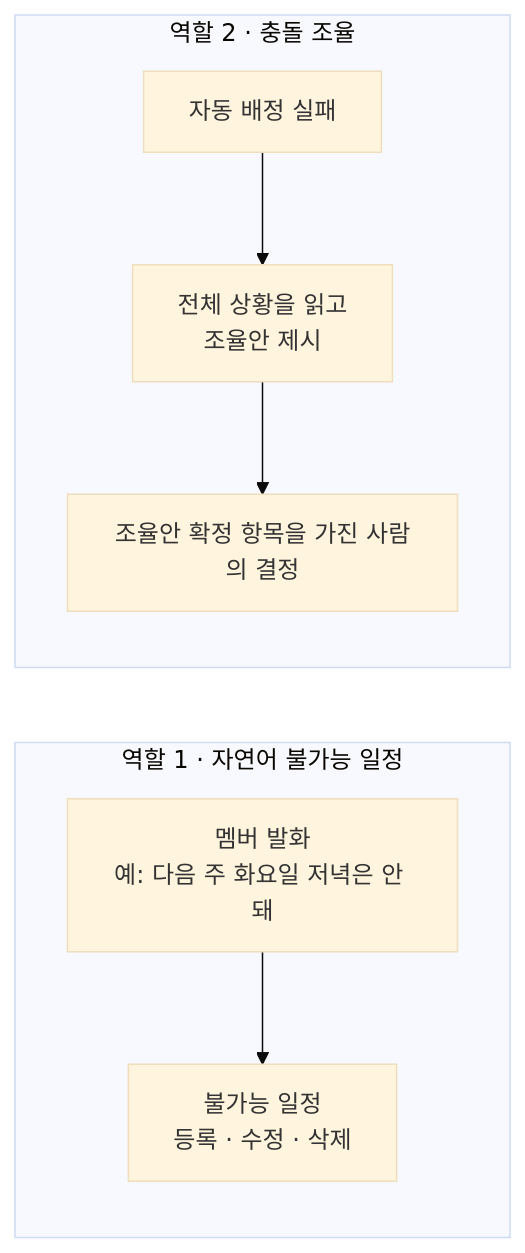
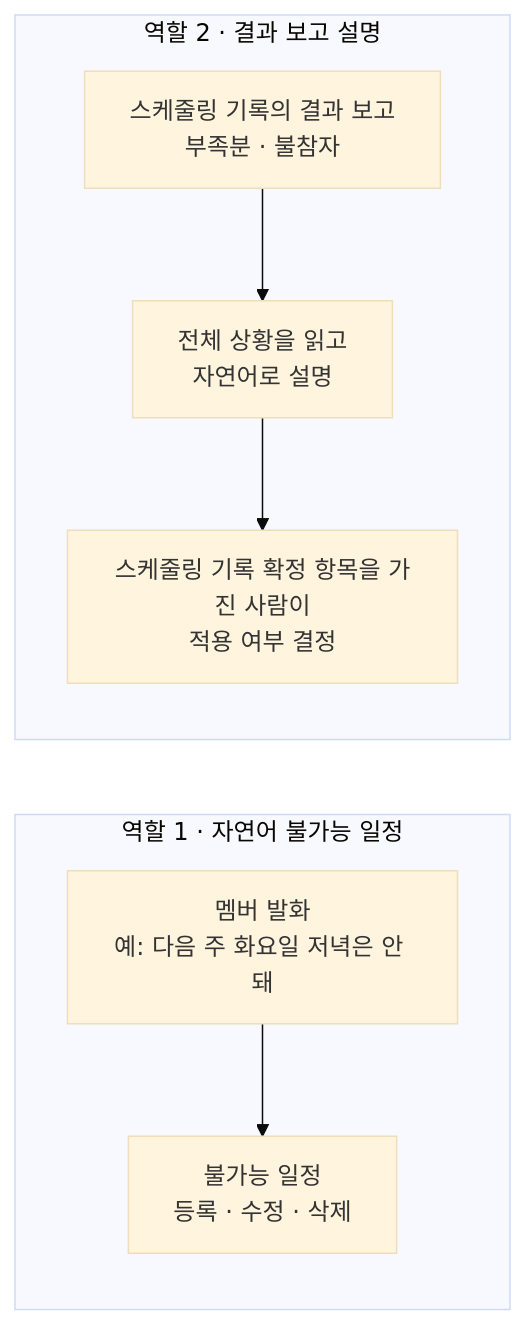
The diagram in .cluedoc/llm-assistant/llm-assistant.md (minkong-dev/Banblit), drawn with Mermaid (base theme) before and after one commit. The commit also changed other lines of this file and 40 other files, not shown here.

````diff
--- a/.cluedoc/llm-assistant/llm-assistant.md
+++ b/.cluedoc/llm-assistant/llm-assistant.md
@@ -8,9 +8,9 @@
 ```mermaid
 flowchart LR
     subgraph R1[역할 1 · 자연어 불가능 일정]
         A["멤버 발화<br/>예: 다음 주 화요일 저녁은 안 돼"] --> B[불가능 일정<br/>등록 · 수정 · 삭제]
     end
-    subgraph R2[역할 2 · 충돌 조율]
-        C[자동 배정 실패] --> D[전체 상황을 읽고<br/>조율안 제시] --> E[조율안 확정 항목을 가진 사람의 결정]
+    subgraph R2[역할 2 · 결과 보고 설명]
+        C[스케줄링 기록의 결과 보고<br/>부족분 · 불참자] --> D[전체 상황을 읽고<br/>자연어로 설명] --> E[스케줄링 기록 확정 항목을 가진 사람이<br/>적용 여부 결정]
     end
 ```
````
